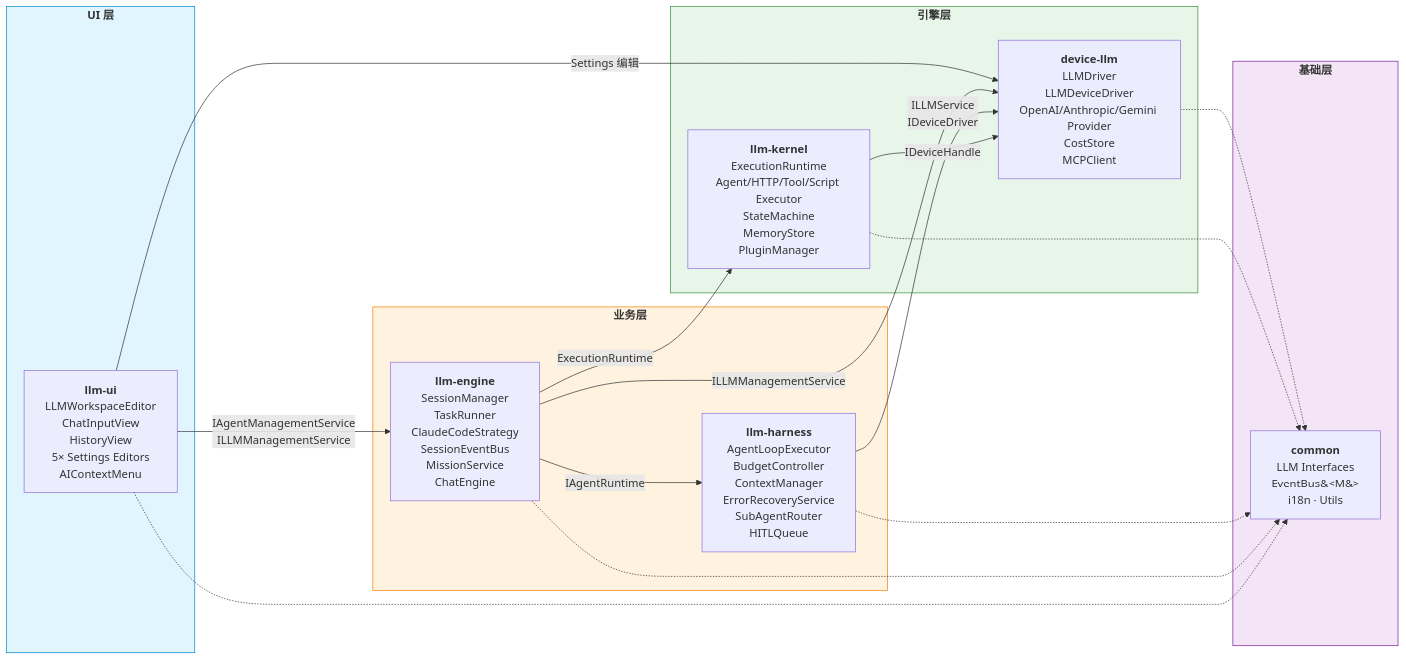
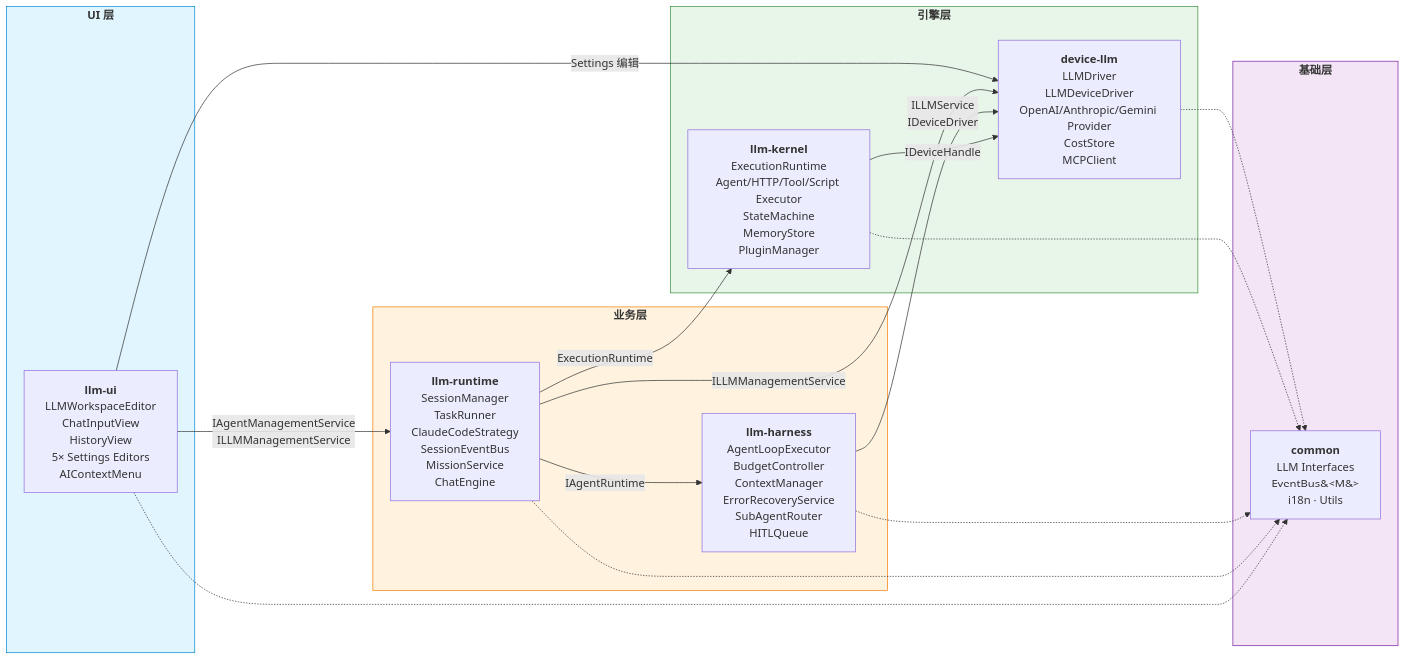
Before and after one commit to mushuanli/itookit: the second of 7 diagrams in doc/feat/llm-design.md, drawn with Mermaid. The commit also changed other lines of this file and 262 other files, not shown here.

First line of the commit message:
feat: v4.2g LLM architecture consolidation

````diff
--- a/doc/feat/llm-design.md
+++ b/doc/feat/llm-design.md
@@ -140,39 +140,39 @@
 ```mermaid
 graph LR
     subgraph UI_Layer["<b>UI 层</b>"]
         style UI_Layer fill:#e1f5fe,stroke:#0288d1
         llmui["<b>llm-ui</b><br/>LLMWorkspaceEditor<br/>ChatInputView<br/>HistoryView<br/>5× Settings Editors<br/>AIContextMenu"]
     end
 
     subgraph Business_Layer["<b>业务层</b>"]
         style Business_Layer fill:#fff3e0,stroke:#f57c00
-        llmengine["<b>llm-engine</b><br/>SessionManager<br/>TaskRunner<br/>ClaudeCodeStrategy<br/>SessionEventBus<br/>MissionService<br/>ChatEngine"]
+        llmengine["<b>llm-runtime</b><br/>SessionManager<br/>TaskRunner<br/>ClaudeCodeStrategy<br/>SessionEventBus<br/>MissionService<br/>ChatEngine"]
         llmharness["<b>llm-harness</b><br/>AgentLoopExecutor<br/>BudgetController<br/>ContextManager<br/>ErrorRecoveryService<br/>SubAgentRouter<br/>HITLQueue"]
     end
 
     subgraph Engine_Layer["<b>引擎层</b>"]
         style Engine_Layer fill:#e8f5e9,stroke:#388e3c
         llmkernel["<b>llm-kernel</b><br/>ExecutionRuntime<br/>Agent/HTTP/Tool/Script Executor<br/>StateMachine<br/>MemoryStore<br/>PluginManager"]
 
         devicellm["<b>device-llm</b><br/>LLMDriver<br/>LLMDeviceDriver<br/>OpenAI/Anthropic/Gemini Provider<br/>CostStore<br/>MCPClient"]
     end
 
     subgraph Foundation["<b>基础层</b>"]
         style Foundation fill:#f3e5f5,stroke:#7b1fa2
         common["<b>common</b><br/>LLM Interfaces<br/>EventBus&#60;M&#62;<br/>i18n · Utils"]
     end
 
     llmui -->|" IAgentManagementService<br/>ILLMManagementService"| llmengine
     llmui -->|" Settings 编辑"| devicellm
     llmengine -->|" ExecutionRuntime"| llmkernel
     llmengine -->|" IAgentRuntime"| llmharness
     llmengine -->|" ILLMManagementService"| devicellm
     llmharness -->|" ILLMService<br/>IDeviceDriver"| devicellm
     llmkernel -->|" IDeviceHandle"| devicellm
 
     devicellm -.-> common
     llmkernel -.-> common
     llmharness -.-> common
     llmengine -.-> common
     llmui -.-> common
 ```
````
